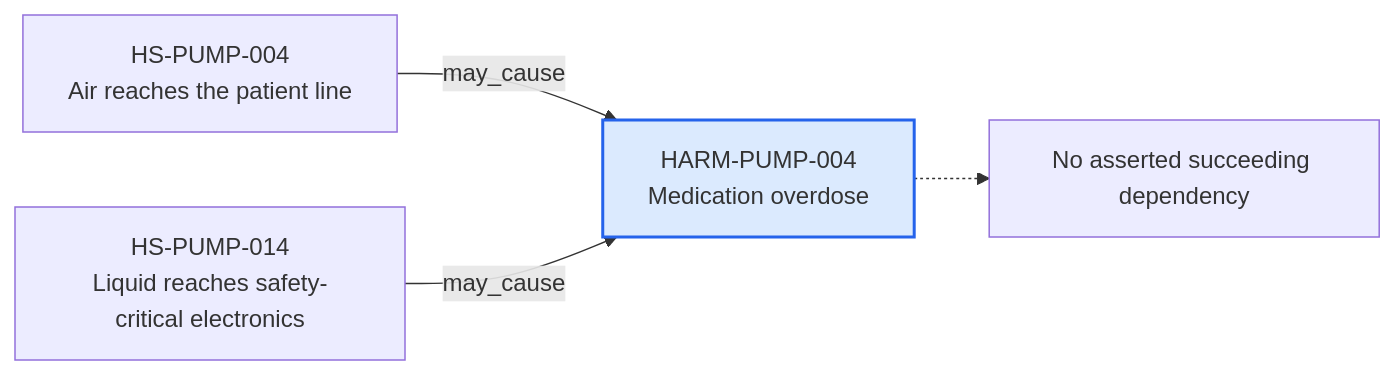
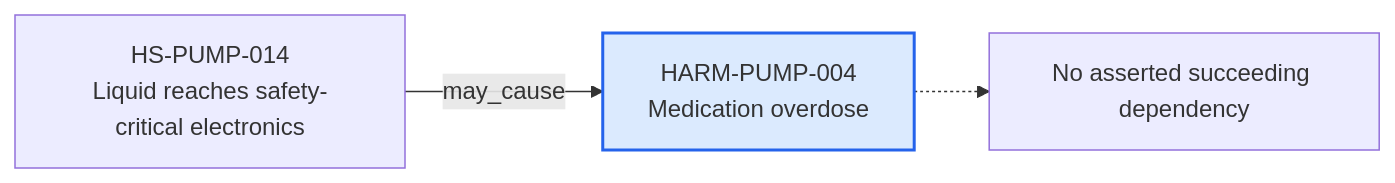
Before and after one commit to mvattulainen/mdrontology: the diagram in content/06-Infpump FlowGuard ontology notes/harm/HARM-PUMP-004-medication-overdose.md, drawn with Mermaid. The commit also changed other lines of this file and 321 other files, not shown here.

Commit message:
Implement Mermaid ontology audit findings

````diff
--- a/content/06-Infpump FlowGuard ontology notes/harm/HARM-PUMP-004-medication-overdose.md
+++ b/content/06-Infpump FlowGuard ontology notes/harm/HARM-PUMP-004-medication-overdose.md
@@ -65,12 +65,10 @@
 ```mermaid
 flowchart LR
   CURRENT["HARM-PUMP-004<br/>Medication overdose"]
-  PREV0["HS-PUMP-004<br/>Air reaches the patient line"]
+  PREV0["HS-PUMP-014<br/>Liquid reaches safety-critical electronics"]
   PREV0 -->|"may_cause"| CURRENT
-  PREV1["HS-PUMP-014<br/>Liquid reaches safety-critical electronics"]
-  PREV1 -->|"may_cause"| CURRENT
   NEXT_NONE["No asserted succeeding dependency"]
   CURRENT -.-> NEXT_NONE
   classDef current fill:#dbeafe,stroke:#2563eb,stroke-width:2px
   class CURRENT current
 ```
````
